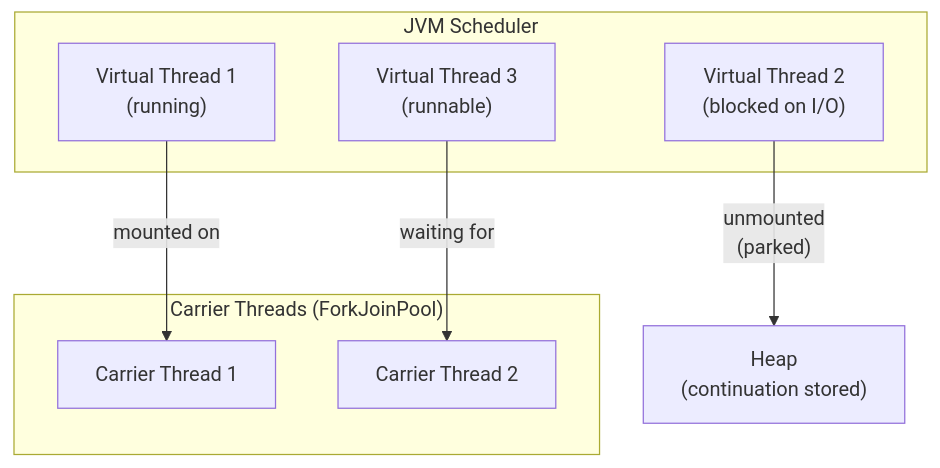
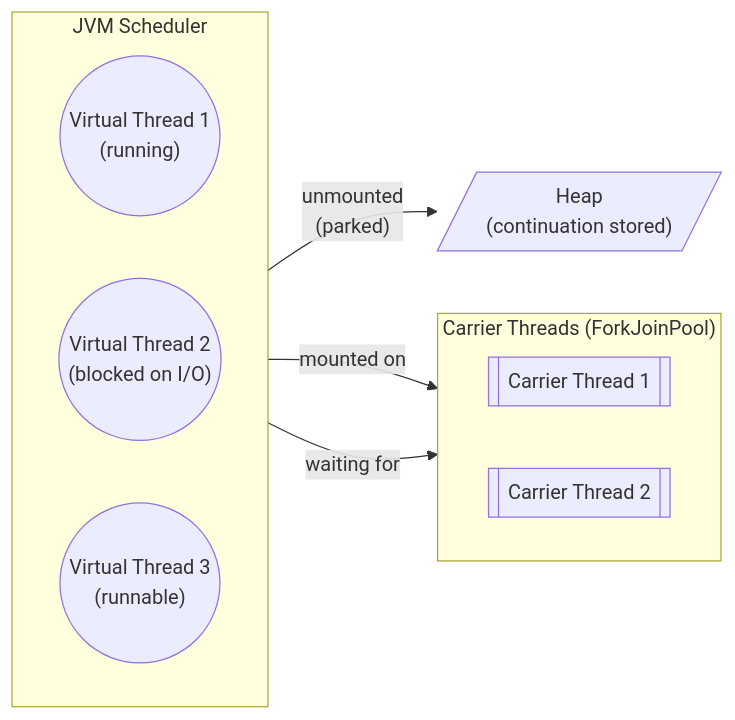
One commit to saivamsikaruturi/vamsilabs-dev-notes-main changed the ninth of 9 diagrams in docs/java/MultiThreading.md. Above: the diagram before and after it, drawn with Mermaid. The commit also changed other lines of this file and 146 other files, not shown here.

Commit message:
Horizontal diagrams, UML class diagrams, typography overhaul, and permalink cleanup

````diff
--- a/docs/java/MultiThreading.md
+++ b/docs/java/MultiThreading.md
@@ -1060,17 +1062,19 @@
 ```mermaid
-graph TD
+flowchart LR
     subgraph "JVM Scheduler"
-        VT1["Virtual Thread 1<br/>(running)"]
-        VT2["Virtual Thread 2<br/>(blocked on I/O)"]
-        VT3["Virtual Thread 3<br/>(runnable)"]
+        direction LR
+        VT1(("Virtual Thread 1<br/>(running)"))
+        VT2(("Virtual Thread 2<br/>(blocked on I/O)"))
+        VT3(("Virtual Thread 3<br/>(runnable)"))
     end
     
     subgraph "Carrier Threads (ForkJoinPool)"
-        CT1["Carrier Thread 1"]
-        CT2["Carrier Thread 2"]
+        direction LR
+        CT1[["Carrier Thread 1"]]
+        CT2[["Carrier Thread 2"]]
     end
 
     VT1 -->|"mounted on"| CT1
     VT3 -->|"waiting for"| CT2
-    VT2 -->|"unmounted<br/>(parked)"| HEAP["Heap<br/>(continuation stored)"]
+    VT2 -->|"unmounted<br/>(parked)"| HEAP[/"Heap<br/>(continuation stored)"/]
 ```
````
